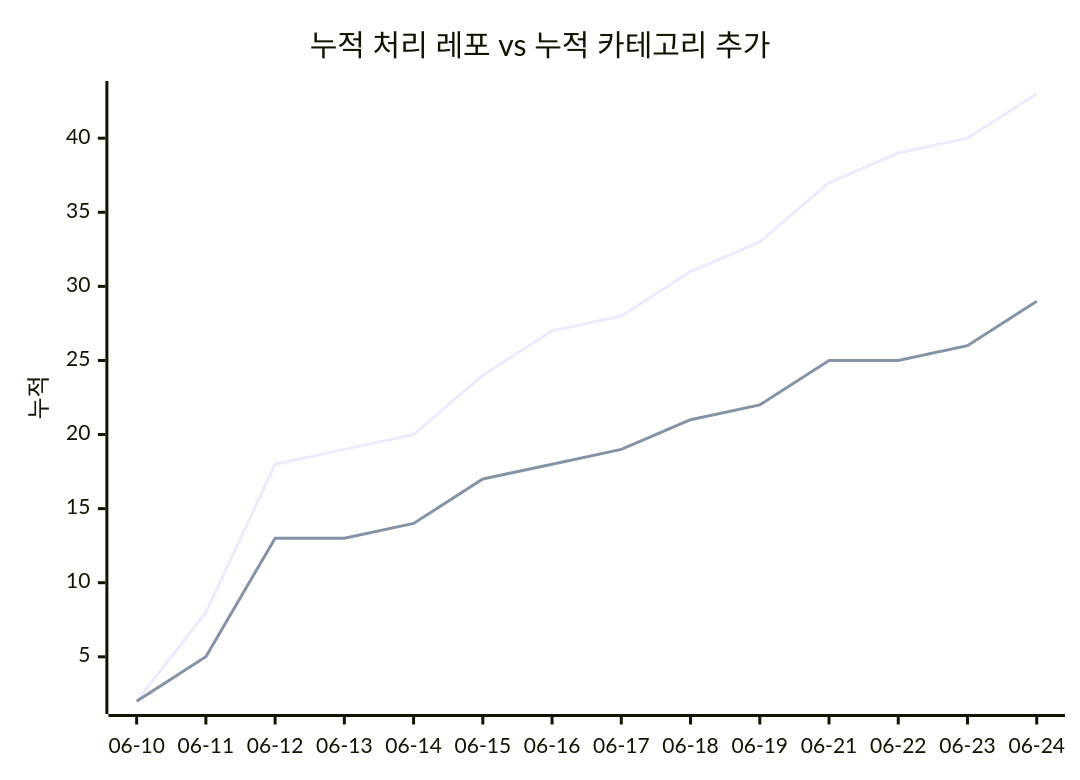
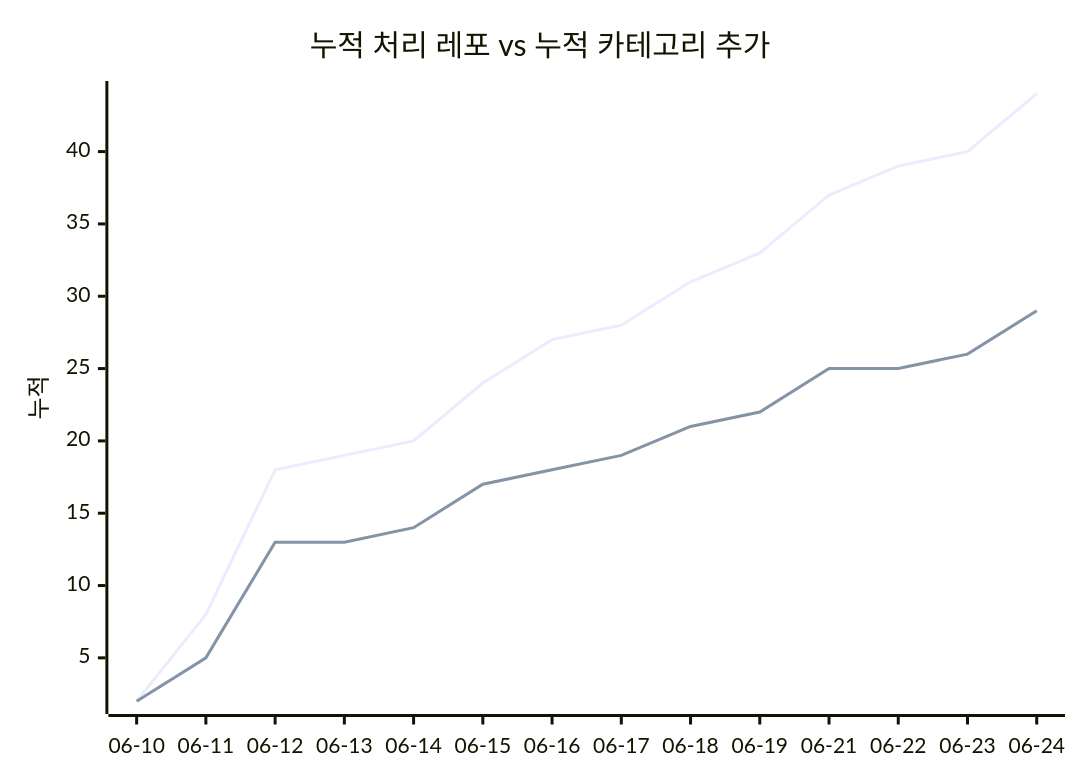
Before and after one commit to J-nowcow/awesome-korean-agent-skills: the second of 2 diagrams in docs/trends.md, drawn with Mermaid. The commit also changed other lines of this file and 2 other files, not shown here.

````diff
--- a/docs/trends.md
+++ b/docs/trends.md
@@ -68,8 +68,8 @@
 ```mermaid
 xychart-beta
     title "누적 처리 레포 vs 누적 카테고리 추가"
     x-axis ["06-10","06-11","06-12","06-13","06-14","06-15","06-16","06-17","06-18","06-19","06-21","06-22","06-23","06-24"]
     y-axis "누적"
-    line [2,8,18,19,20,24,27,28,31,33,37,39,40,43]
+    line [2,8,18,19,20,24,27,28,31,33,37,39,40,44]
     line [2,5,13,13,14,17,18,19,21,22,25,25,26,29]
 ```
````
